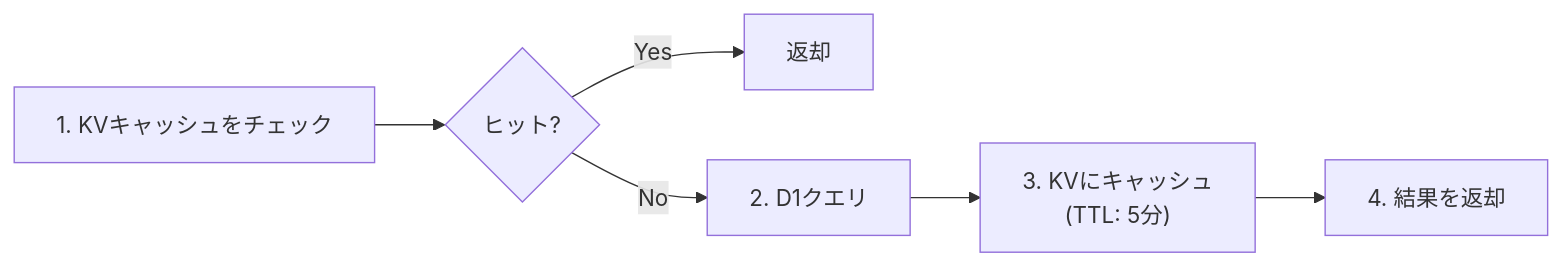
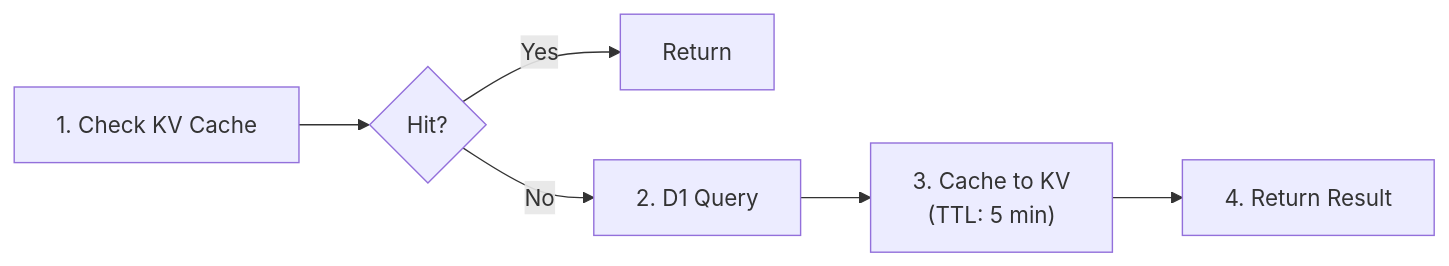
The second of 3 diagrams in packages/shared/src/storage/README.md (sgrastar/authrim), drawn with Mermaid before and after one commit. The commit also changed other lines of this file and 23 other files, not shown here.

First line of the commit message:
docs: Translate all Japanese documentation to English and convert ASCII diagrams to Mermaid

````diff
--- a/packages/shared/src/storage/README.md
+++ b/packages/shared/src/storage/README.md
@@ -228,8 +228,8 @@
 ```mermaid
 flowchart LR
-    A["1. KVキャッシュをチェック"] --> B{ヒット?}
-    B -->|Yes| C["返却"]
-    B -->|No| D["2. D1クエリ"]
-    D --> E["3. KVにキャッシュ<br/>(TTL: 5分)"]
-    E --> F["4. 結果を返却"]
+    A["1. Check KV Cache"] --> B{Hit?}
+    B -->|Yes| C["Return"]
+    B -->|No| D["2. D1 Query"]
+    D --> E["3. Cache to KV<br/>(TTL: 5 min)"]
+    E --> F["4. Return Result"]
 ```
````
